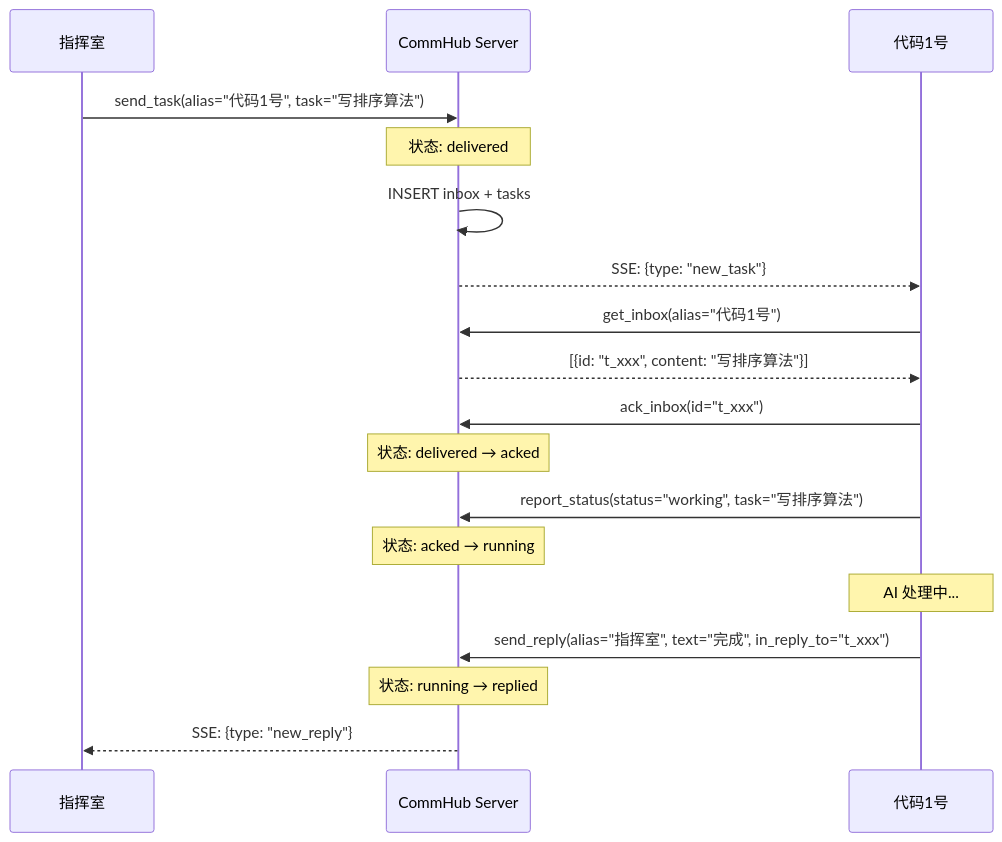
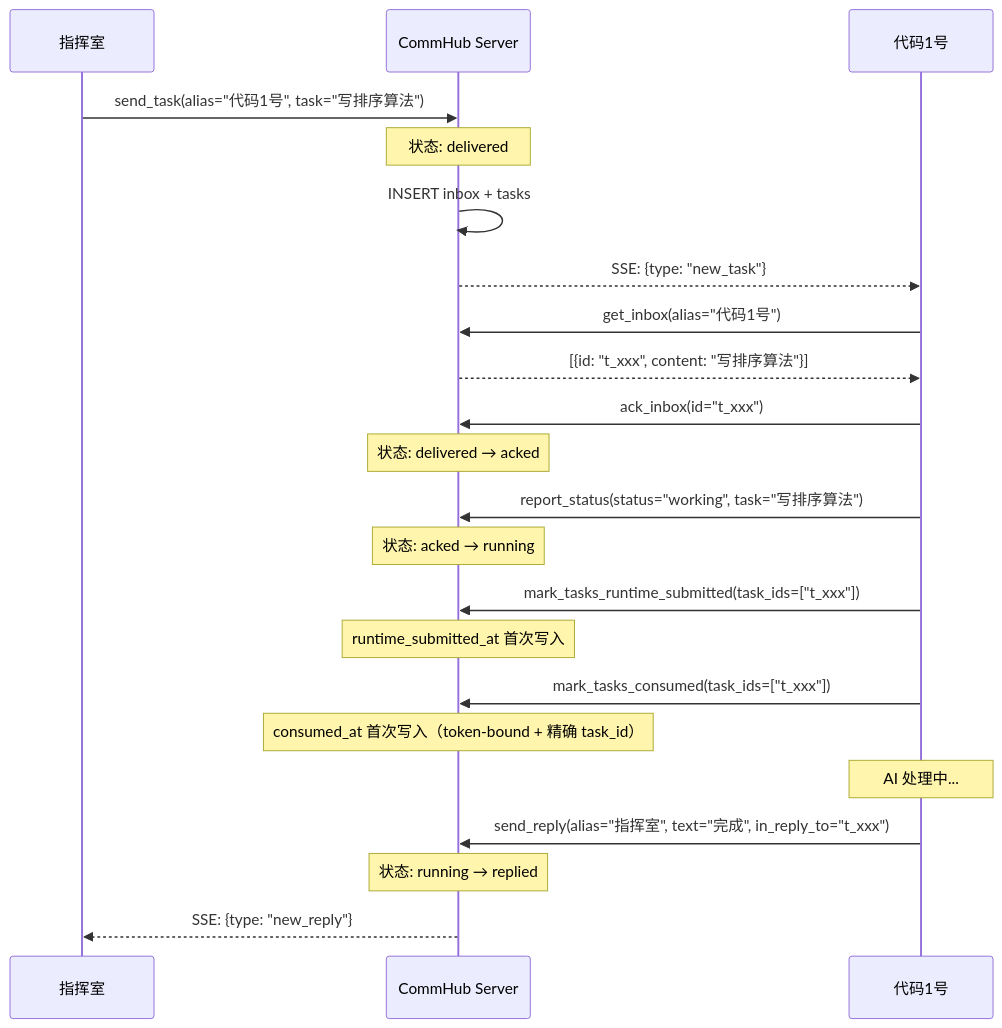
One commit to sleep2agi/agent-network changed the second of 5 diagrams in docs-site/docs/concepts/task-lifecycle.md. Above: the diagram before and after it, drawn with Mermaid. The commit also changed other lines of this file and 12 other files, not shown here.

Commit message:
feat(hub): add task runtime evidence levels

````diff
--- a/docs-site/docs/concepts/task-lifecycle.md
+++ b/docs-site/docs/concepts/task-lifecycle.md
@@ -66,27 +78,32 @@
 ```mermaid
 sequenceDiagram
     participant H as 指挥室
     participant S as CommHub Server
     participant A as 代码1号
 
     H->>S: send_task(alias="代码1号", task="写排序算法")
     Note over S: 状态: delivered
     S->>S: INSERT inbox + tasks
     S-->>A: SSE: {type: "new_task"}
 
     A->>S: get_inbox(alias="代码1号")
     S-->>A: [{id: "t_xxx", content: "写排序算法"}]
 
     A->>S: ack_inbox(id="t_xxx")
     Note over S: 状态: delivered → acked
 
     A->>S: report_status(status="working", task="写排序算法")
     Note over S: 状态: acked → running
 
+    A->>S: mark_tasks_runtime_submitted(task_ids=["t_xxx"])
+    Note over S: runtime_submitted_at 首次写入
+    A->>S: mark_tasks_consumed(task_ids=["t_xxx"])
+    Note over S: consumed_at 首次写入（token-bound + 精确 task_id）
+
     Note over A: AI 处理中...
 
     A->>S: send_reply(alias="指挥室", text="完成", in_reply_to="t_xxx")
     Note over S: 状态: running → replied
 
     S-->>H: SSE: {type: "new_reply"}
 ```
````
